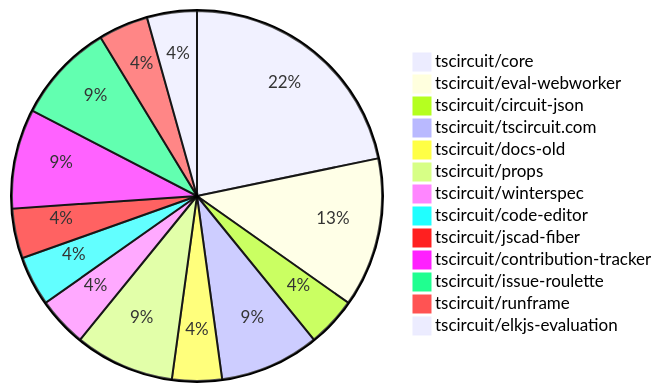
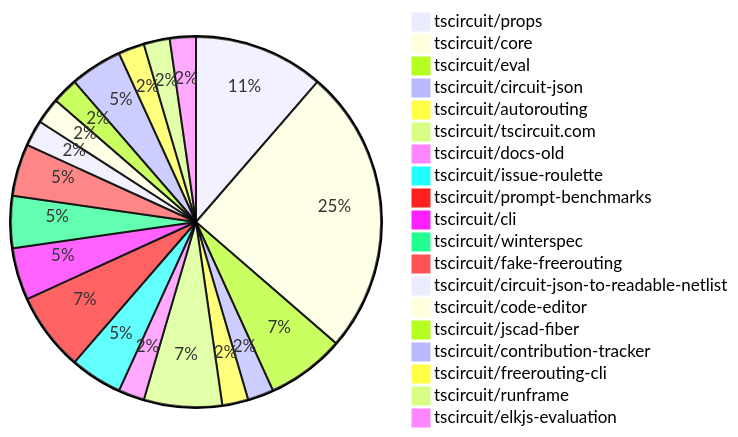
Before and after one commit to tscircuit/contribution-tracker: the diagram in README.md, drawn with Mermaid. The commit also changed other lines of this file and 2 other files, not shown here.

````diff
--- a/README.md
+++ b/README.md
@@ -24,16 +24,22 @@
 ```mermaid
 pie
-    "tscircuit/core" : 5
-    "tscircuit/eval-webworker" : 3
+    "tscircuit/props" : 5
+    "tscircuit/core" : 11
+    "tscircuit/eval" : 3
     "tscircuit/circuit-json" : 1
-    "tscircuit/tscircuit.com" : 2
+    "tscircuit/autorouting" : 1
+    "tscircuit/tscircuit.com" : 3
     "tscircuit/docs-old" : 1
-    "tscircuit/props" : 2
-    "tscircuit/winterspec" : 1
+    "tscircuit/issue-roulette" : 2
+    "tscircuit/prompt-benchmarks" : 3
+    "tscircuit/cli" : 2
+    "tscircuit/winterspec" : 2
+    "tscircuit/fake-freerouting" : 2
+    "tscircuit/circuit-json-to-readable-netlist" : 1
     "tscircuit/code-editor" : 1
     "tscircuit/jscad-fiber" : 1
     "tscircuit/contribution-tracker" : 2
-    "tscircuit/issue-roulette" : 2
+    "tscircuit/freerouting-cli" : 1
     "tscircuit/runframe" : 1
     "tscircuit/elkjs-evaluation" : 1
 ```
````
